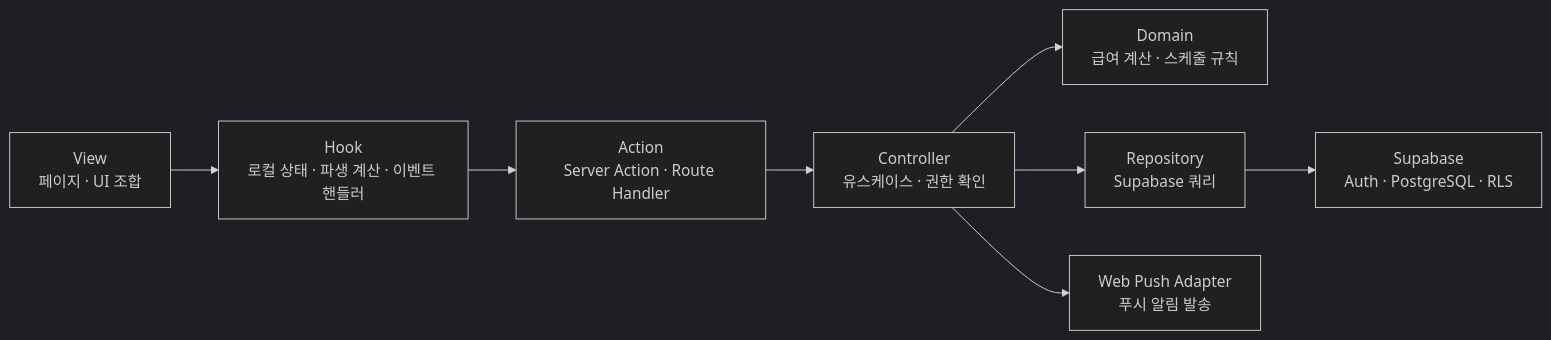
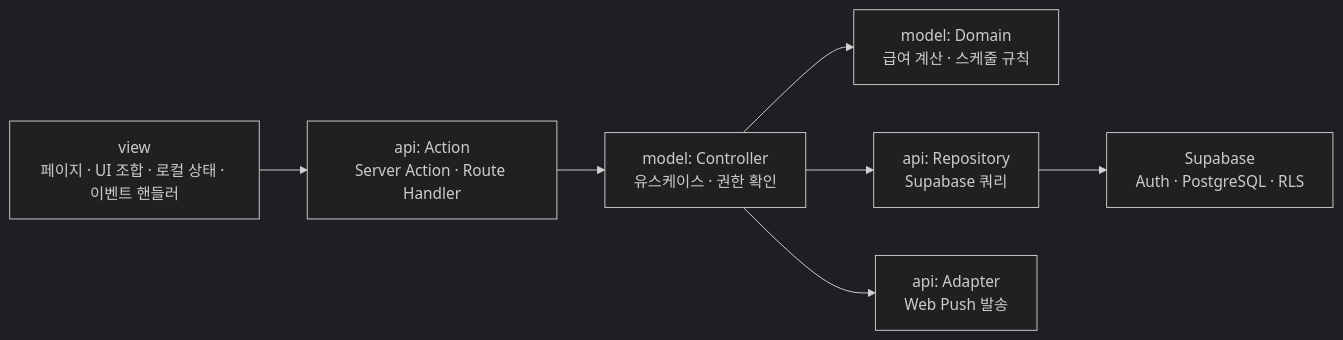
The diagram in docs/architecture.md (dv-yeop920/Lavi-crew), drawn with Mermaid (dark theme) before and after one commit. The commit also changed other lines of this file and 315 other files, not shown here.

First line of the commit message:
refactor: simplify feature folder structure to view/model/api/schema

````diff
--- a/docs/architecture.md
+++ b/docs/architecture.md
@@ -15,10 +15,9 @@
 ```mermaid
 flowchart LR
-  V["View<br/>페이지 · UI 조합"] --> H["Hook<br/>로컬 상태 · 파생 계산 · 이벤트 핸들러"]
-  H --> A["Action<br/>Server Action · Route Handler"]
-  A --> C["Controller<br/>유스케이스 · 권한 확인"]
-  C --> D["Domain<br/>급여 계산 · 스케줄 규칙"]
-  C --> R["Repository<br/>Supabase 쿼리"]
+  V["view<br/>페이지 · UI 조합 · 로컬 상태 · 이벤트 핸들러"] --> A["api: Action<br/>Server Action · Route Handler"]
+  A --> C["model: Controller<br/>유스케이스 · 권한 확인"]
+  C --> D["model: Domain<br/>급여 계산 · 스케줄 규칙"]
+  C --> R["api: Repository<br/>Supabase 쿼리"]
   R --> S["Supabase<br/>Auth · PostgreSQL · RLS"]
-  C --> K["Web Push Adapter<br/>푸시 알림 발송"]
+  C --> K["api: Adapter<br/>Web Push 발송"]
 ```
````
